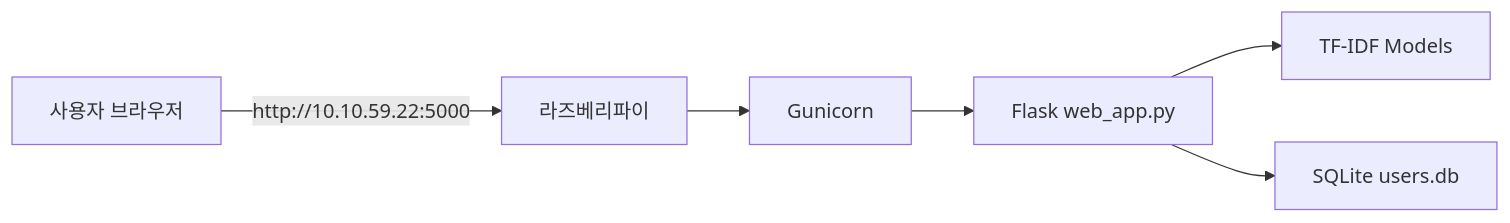
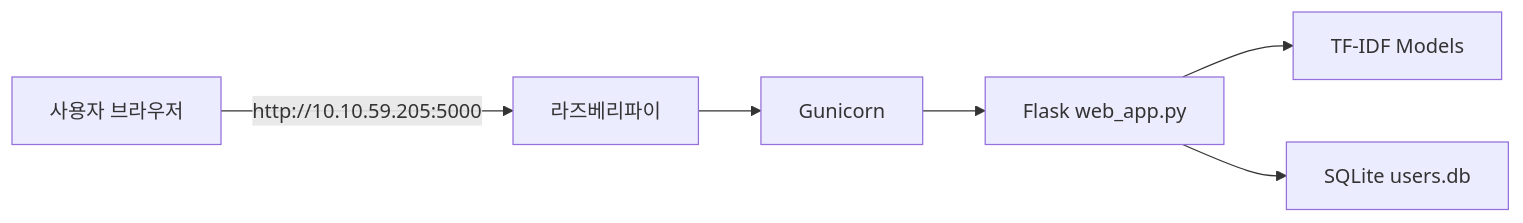
Before and after one commit to Appletea404/SkinCare_Recommendation: the diagram in README.md, drawn with Mermaid. The commit also changed other lines of this file and 15 other files, not shown here.

````diff
--- a/README.md
+++ b/README.md
@@ -176,8 +165,8 @@
 ```mermaid
 flowchart LR
-    A[사용자 브라우저] -->|http://10.10.59.22:5000| B[라즈베리파이]
+    A[사용자 브라우저] -->|http://10.10.59.205:5000| B[라즈베리파이]
     B --> C[Gunicorn]
     C --> D[Flask web_app.py]
     D --> E[TF-IDF Models]
     D --> F[SQLite users.db]
 ```
````
